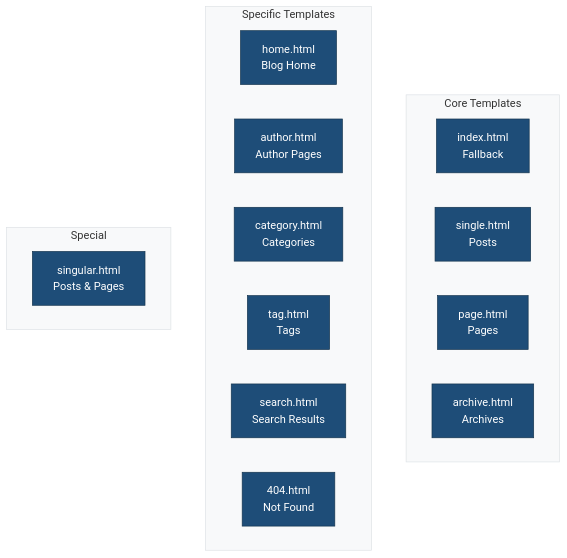
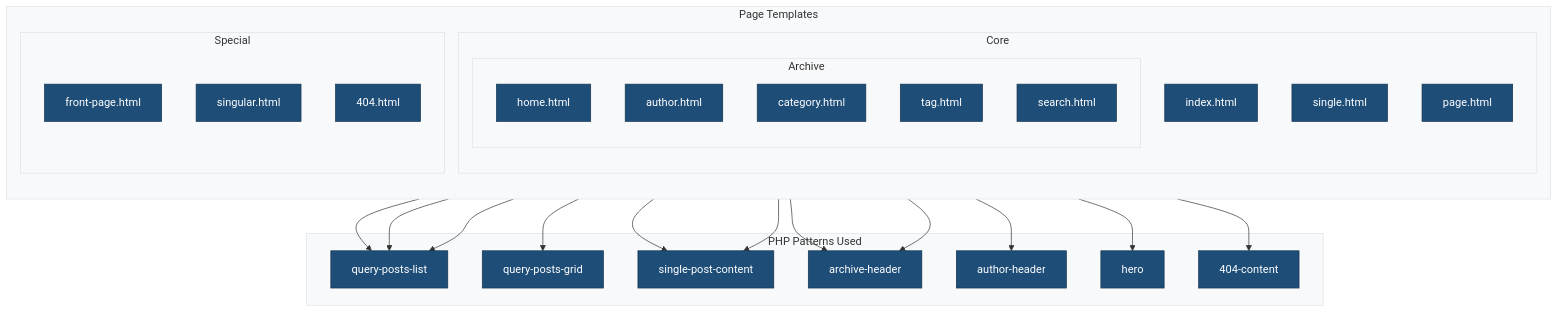
Before and after one commit to lightspeedwp/block-theme-scaffold-template: the first of 2 diagrams in templates/README.md, drawn with Mermaid. The commit also changed other lines of this file and 38 other files, not shown here.

````diff
--- a/templates/README.md
+++ b/templates/README.md
@@ -7,23 +7,47 @@
 ```mermaid
 %%{init: {'theme': 'base', 'themeVariables': { 'primaryColor': '#1e4d78', 'primaryTextColor': '#ffffff', 'primaryBorderColor': '#15354f', 'lineColor': '#333333', 'secondaryColor': '#f0f0f0', 'tertiaryColor': '#e8e8e8', 'background': '#ffffff', 'mainBkg': '#1e4d78', 'textColor': '#333333', 'nodeBorder': '#15354f', 'clusterBkg': '#f8f9fa', 'clusterBorder': '#dee2e6', 'titleColor': '#333333'}}}%%
 flowchart TB
-    subgraph Core["Core Templates"]
-        Index["index.html<br/>Fallback"]
-        Single["single.html<br/>Posts"]
-        Page["page.html<br/>Pages"]
-        Archive["archive.html<br/>Archives"]
+    subgraph Templates["Page Templates"]
+        direction TB
+        subgraph Core["Core"]
+            Index["index.html"]
+            Single["single.html"]
+            Page["page.html"]
+            Archive["archive.html"]
+        end
+        subgraph Archive["Archive"]
+            Home["home.html"]
+            Author["author.html"]
+            Category["category.html"]
+            Tag["tag.html"]
+            Search["search.html"]
+        end
+        subgraph Special["Special"]
+            FrontPage["front-page.html"]
+            Singular["singular.html"]
+            E404["404.html"]
+        end
     end
 
-    subgraph Specific["Specific Templates"]
-        Home["home.html<br/>Blog Home"]
-        Author["author.html<br/>Author Pages"]
-        Category["category.html<br/>Categories"]
-        Tag["tag.html<br/>Tags"]
-        Search["search.html<br/>Search Results"]
-        E404["404.html<br/>Not Found"]
+    subgraph Patterns["PHP Patterns Used"]
+        QueryList["query-posts-list"]
+        QueryGrid["query-posts-grid"]
+        SinglePost["single-post-content"]
+        ArchiveHdr["archive-header"]
+        AuthorHdr["author-header"]
+        Hero["hero"]
+        Content404["404-content"]
     end
 
-    subgraph Special["Special"]
-        Singular["singular.html<br/>Posts & Pages"]
-    end
+    Index --> QueryList
+    Single --> SinglePost
+    Archive --> QueryList
+    Home --> QueryGrid
+    Author --> AuthorHdr
+    Category --> ArchiveHdr
+    Tag --> ArchiveHdr
+    Search --> QueryList
+    FrontPage --> Hero
+    Singular --> SinglePost
+    E404 --> Content404
 ```
````
